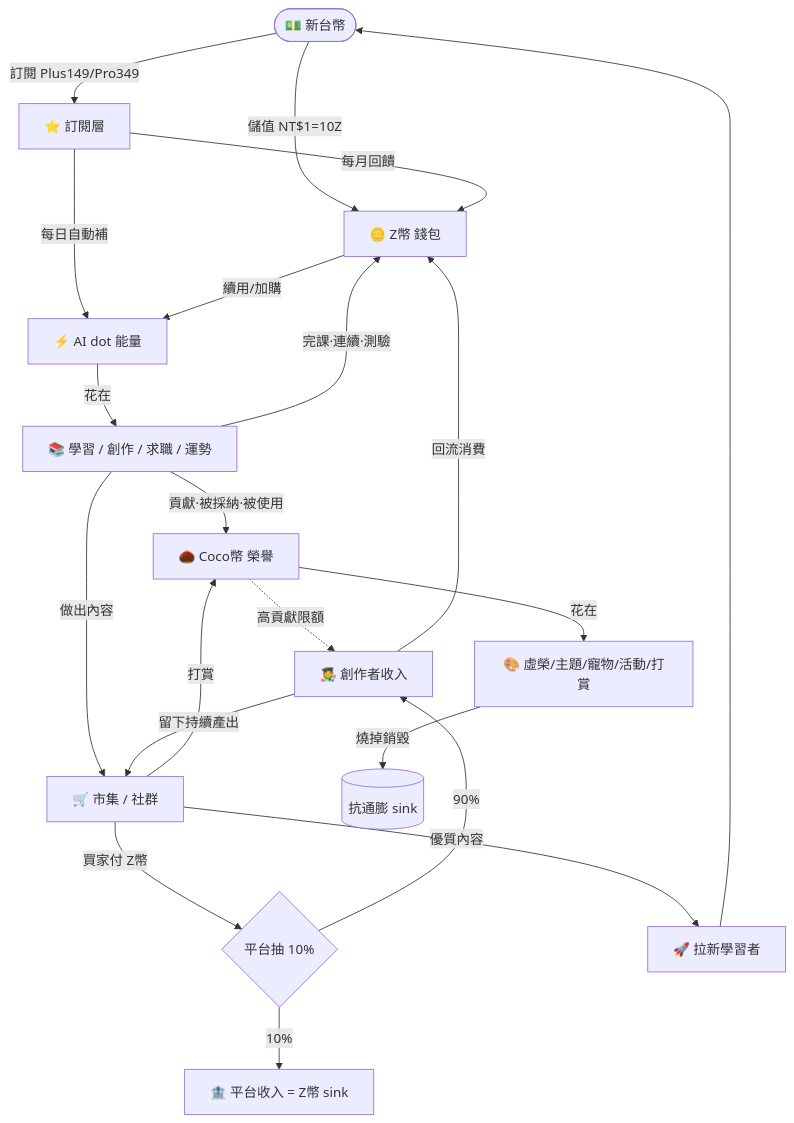
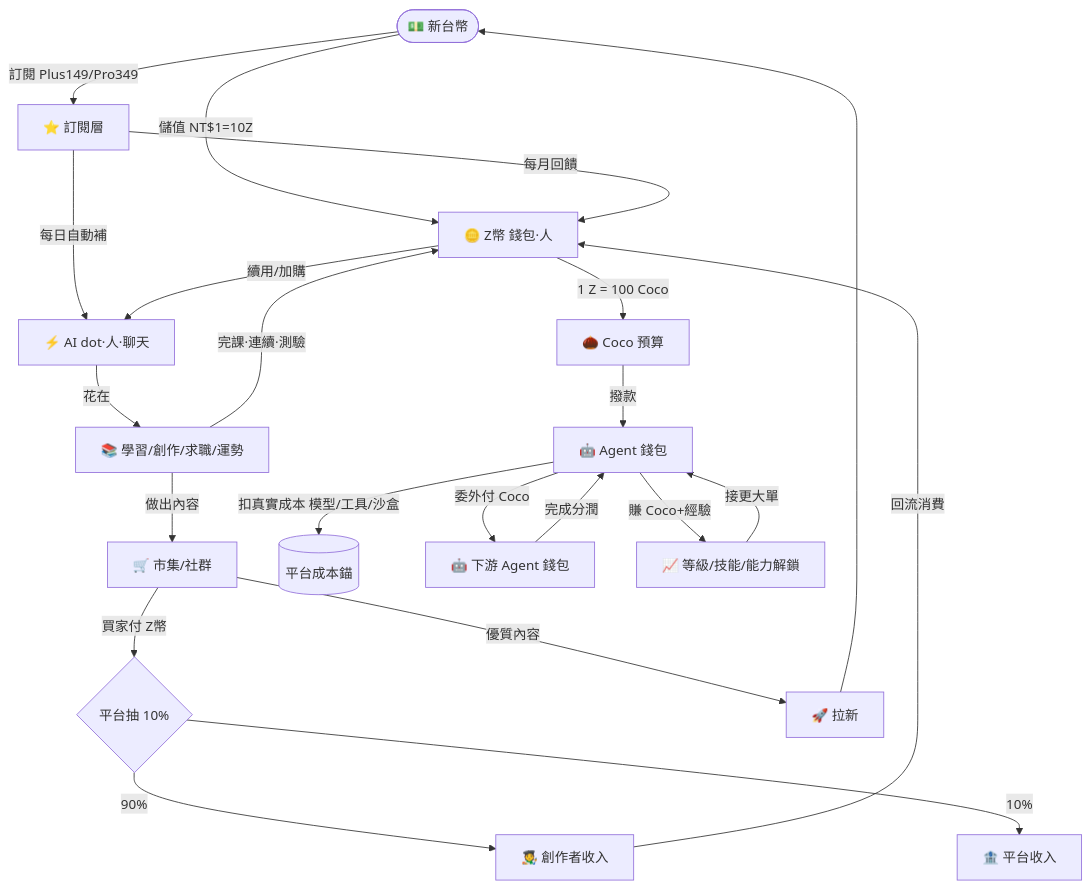
The diagram in docs/business/ai_island_business_loop_0812.md (luffysky/ai-island-web), drawn with Mermaid before and after one commit. The commit also changed other lines of this file and 2 other files, not shown here.

First line of the commit message:
docs(business): 更正 Coco 定位為 Agent 專用代幣(Agent Economy) + 新增經濟完整定義專章

````diff
--- a/docs/business/ai_island_business_loop_0812.md
+++ b/docs/business/ai_island_business_loop_0812.md
@@ -43,28 +45,28 @@
 ```mermaid
 flowchart TD
-    Cash([💵 新台幣]) -->|儲值 NT$1=10Z| Z[🪙 Z幣 錢包]
+    Cash([💵 新台幣]) -->|儲值 NT$1=10Z| Z[🪙 Z幣 錢包·人]
     Cash -->|訂閱 Plus149/Pro349| Sub[⭐ 訂閱層]
 
-    Sub -->|每日自動補| Dot[⚡ AI dot 能量]
+    Sub -->|每日自動補| Dot[⚡ AI dot·人·聊天]
     Z -->|續用/加購| Dot
     Sub -->|每月回饋| Z
 
-    Dot -->|花在| Learn[📚 學習 / 創作 / 求職 / 運勢]
+    Dot -->|花在| Learn[📚 學習/創作/求職/運勢]
     Learn -->|完課·連續·測驗| Z
-    Learn -->|貢獻·被採納·被使用| Coco[🌰 Coco幣 榮譽]
 
-    Learn -->|做出內容| Market[🛒 市集 / 社群]
+    Learn -->|做出內容| Market[🛒 市集/社群]
     Market -->|買家付 Z幣| Cut{平台抽 10%}
     Cut -->|90%| Creator[🧑‍🎨 創作者收入]
-    Cut -->|10%| Rev[🏦 平台收入 = Z幣 sink]
-    Market -->|打賞| Coco
+    Cut -->|10%| Rev[🏦 平台收入]
+    Creator -->|回流消費| Z
+    Market -->|優質內容| Attract[🚀 拉新] --> Cash
 
-    Coco -->|花在| Vanity[🎨 虛榮/主題/寵物/活動/打賞]
-    Vanity -->|燒掉銷毀| Sink[(抗通膨 sink)]
-    Coco -.高貢獻限額.-> Creator
-
-    Creator -->|回流消費| Z
-    Creator -->|留下持續產出| Market
-    Market -->|優質內容| Attract[🚀 拉新學習者]
-    Attract --> Cash
+    %% ===== Agent 經濟層 =====
+    Z -->|1 Z = 100 Coco| Coco[🌰 Coco 預算]
+    Coco -->|撥款| AW[🤖 Agent 錢包]
+    AW -->|扣真實成本 模型/工具/沙盒| Cost[(平台成本錨)]
+    AW -->|委外付 Coco| AW2[🤖 下游 Agent 錢包]
+    AW2 -->|完成分潤| AW
+    AW -->|賺 Coco+經驗| Level[📈 等級/技能/能力解鎖]
+    Level -->|接更大單| AW
 ```
````
